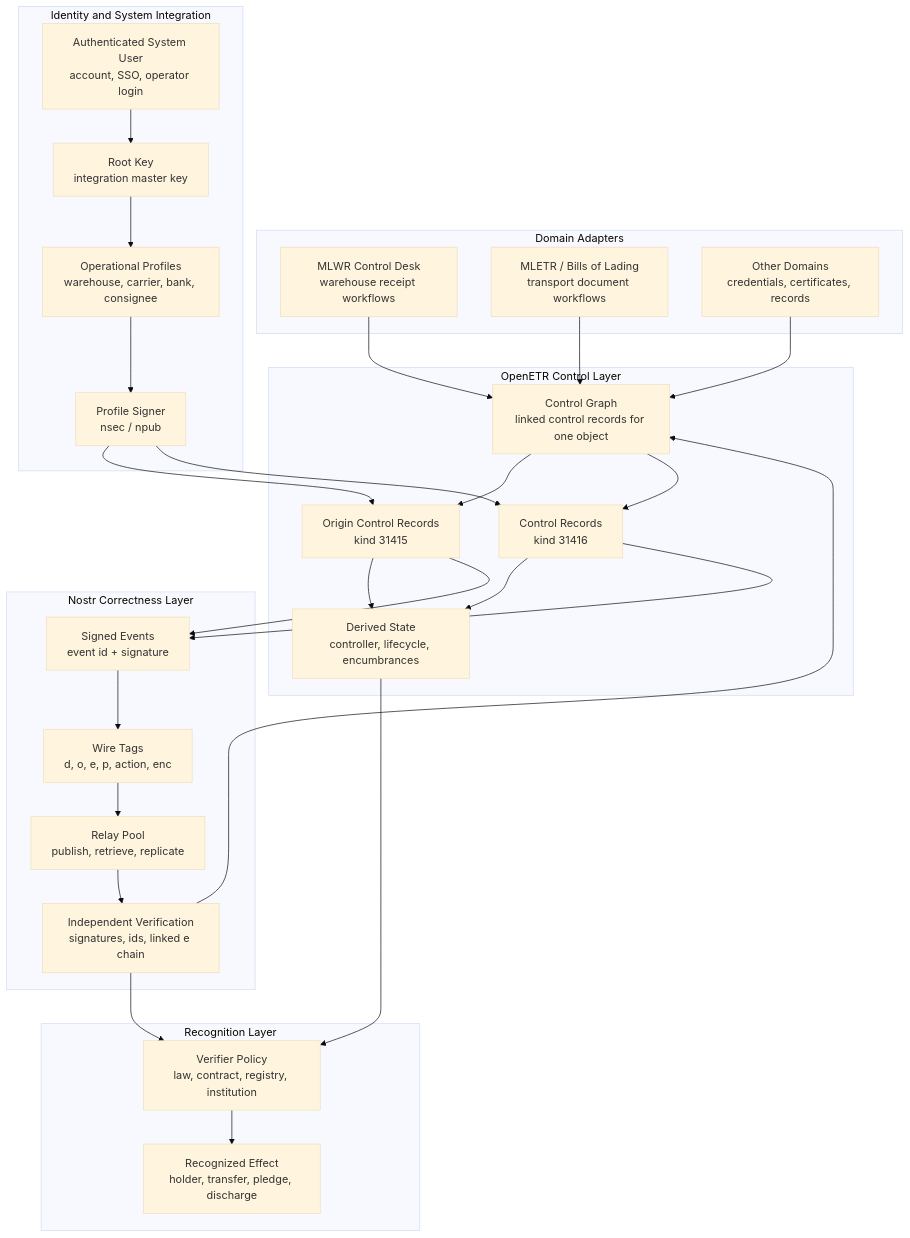
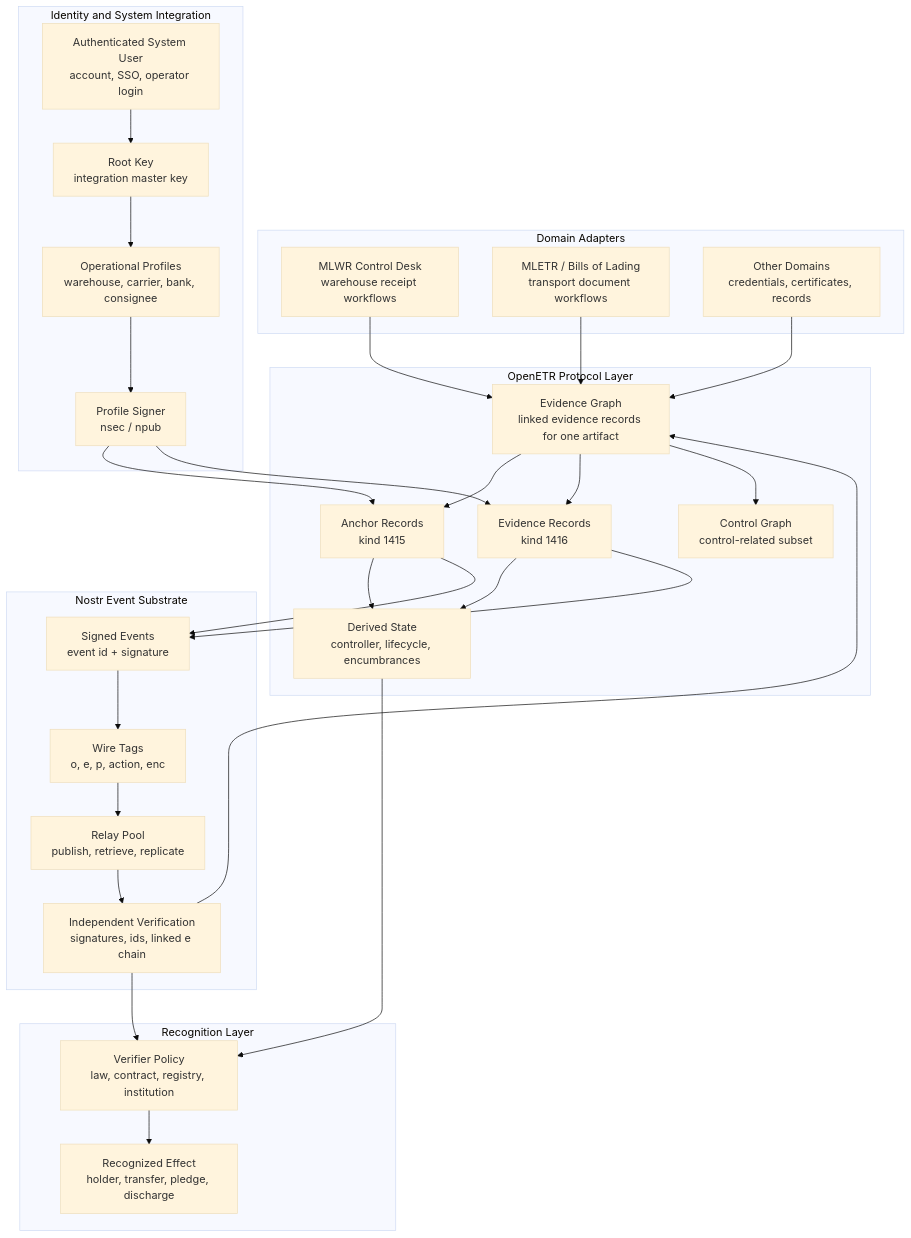
One commit to trbouma/openetr changed the diagram in docs/specs/OPENETR_CONTROL_GRAPH_INFOGRAPHIC.md. Above: the diagram before and after it, drawn with Mermaid (base theme). The commit also changed other lines of this file and 99 other files, not shown here.

Commit message:
docs: align OpenETR model around evidence events and consequential state

````diff
--- a/docs/specs/OPENETR_CONTROL_GRAPH_INFOGRAPHIC.md
+++ b/docs/specs/OPENETR_CONTROL_GRAPH_INFOGRAPHIC.md
@@ -11,60 +11,62 @@
 ```mermaid
 flowchart TB
     subgraph Domain["Domain Adapters"]
         MLWR["MLWR Control Desk<br/>warehouse receipt workflows"]
         MLETR["MLETR / Bills of Lading<br/>transport document workflows"]
         OTHER["Other Domains<br/>credentials, certificates, records"]
     end
 
-    subgraph Control["OpenETR Control Layer"]
-        GRAPH["Control Graph<br/>linked control records for one object"]
-        ORIGIN["Origin Control Records<br/>kind 31415"]
-        CONTROL_EVENTS["Control Records<br/>kind 31416"]
+    subgraph Control["OpenETR Protocol Layer"]
+        GRAPH["Evidence Graph<br/>linked evidence records for one artifact"]
+        CONTROL_GRAPH["Control Graph<br/>control-related subset"]
+        ORIGIN["Anchor Records<br/>kind 1415"]
+        CONTROL_EVENTS["Evidence Records<br/>kind 1416"]
         STATE["Derived State<br/>controller, lifecycle, encumbrances"]
     end
 
-    subgraph Nostr["Nostr Correctness Layer"]
+    subgraph Nostr["Nostr Event Substrate"]
         EVENTS["Signed Events<br/>event id + signature"]
-        TAGS["Wire Tags<br/>d, o, e, p, action, enc"]
+        TAGS["Wire Tags<br/>o, e, p, action, enc"]
         RELAYS["Relay Pool<br/>publish, retrieve, replicate"]
         VERIFY["Independent Verification<br/>signatures, ids, linked e chain"]
     end
 
     subgraph Identity["Identity and System Integration"]
         USER["Authenticated System User<br/>account, SSO, operator login"]
         ROOT["Root Key<br/>integration master key"]
         PROFILE["Operational Profiles<br/>warehouse, carrier, bank, consignee"]
         SIGNER["Profile Signer<br/>nsec / npub"]
     end
 
     subgraph Recognition["Recognition Layer"]
         POLICY["Verifier Policy<br/>law, contract, registry, institution"]
         EFFECT["Recognized Effect<br/>holder, transfer, pledge, discharge"]
     end
 
     MLWR --> GRAPH
     MLETR --> GRAPH
     OTHER --> GRAPH
 
     GRAPH --> ORIGIN
     GRAPH --> CONTROL_EVENTS
+    GRAPH --> CONTROL_GRAPH
     ORIGIN --> STATE
     CONTROL_EVENTS --> STATE
 
     ORIGIN --> EVENTS
     CONTROL_EVENTS --> EVENTS
     EVENTS --> TAGS
     TAGS --> RELAYS
     RELAYS --> VERIFY
     VERIFY --> GRAPH
 
     USER --> ROOT
     ROOT --> PROFILE
     PROFILE --> SIGNER
     SIGNER --> ORIGIN
     SIGNER --> CONTROL_EVENTS
 
     STATE --> POLICY
     VERIFY --> POLICY
     POLICY --> EFFECT
 ```
````
